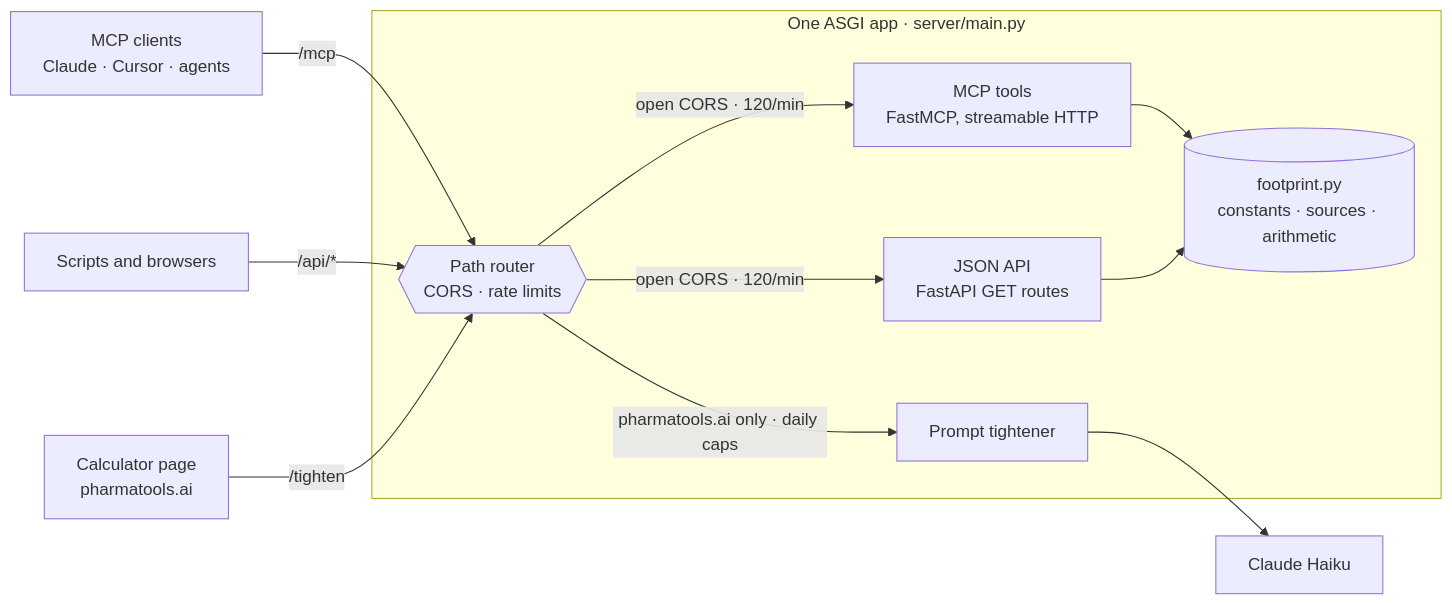
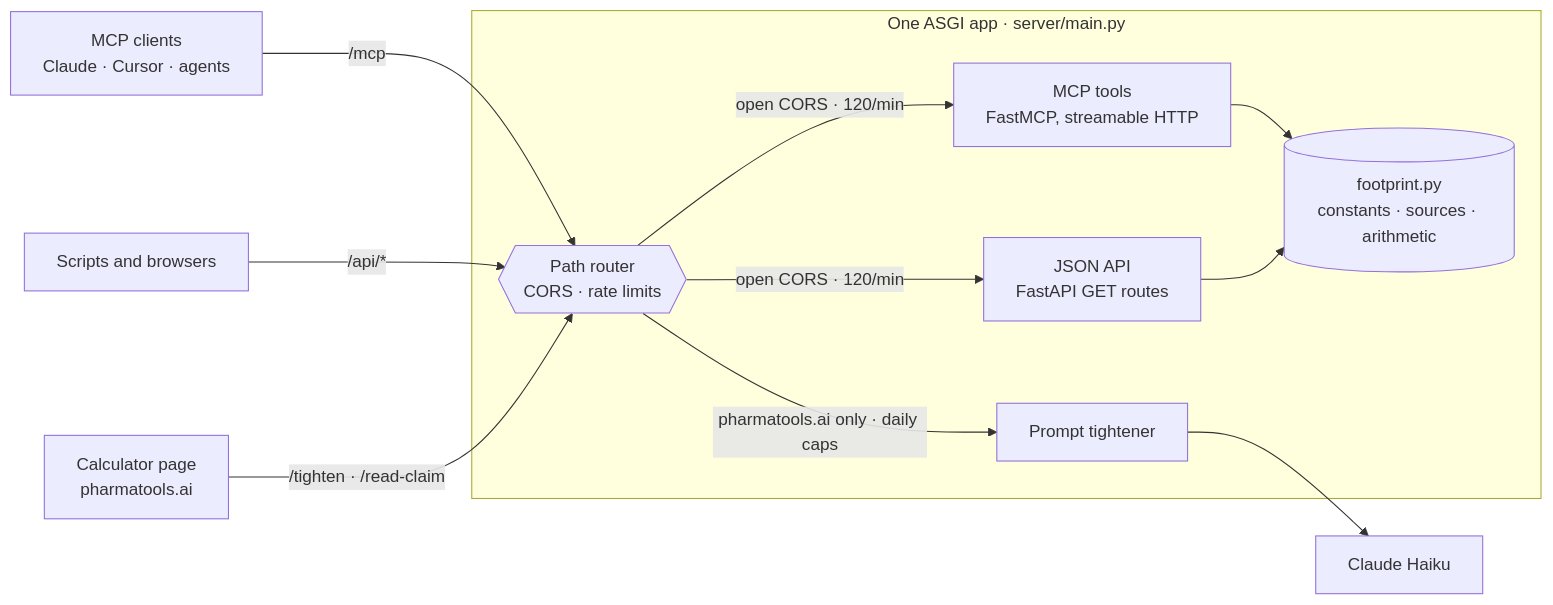
The diagram in README.md (nickjlamb/ai-footprint), drawn with Mermaid before and after one commit. The commit also changed other lines of this file and 3 other files, not shown here.

Commit message:
Add /read-claim for the headline checker

````diff
--- a/README.md
+++ b/README.md
@@ -97,17 +97,17 @@
 ```mermaid
 flowchart LR
     A["MCP clients<br/>Claude · Cursor · agents"] -->|/mcp| R
     B["Scripts and browsers"] -->|/api/*| R
-    C["Calculator page<br/>pharmatools.ai"] -->|/tighten| R
+    C["Calculator page<br/>pharmatools.ai"] -->|/tighten · /read-claim| R
 
     subgraph app["One ASGI app · server/main.py"]
         R{{"Path router<br/>CORS · rate limits"}}
         R -->|"open CORS · 120/min"| M["MCP tools<br/>FastMCP, streamable HTTP"]
         R -->|"open CORS · 120/min"| J["JSON API<br/>FastAPI GET routes"]
         R -->|"pharmatools.ai only · daily caps"| T["Prompt tightener"]
         M --> F[("footprint.py<br/>constants · sources · arithmetic")]
         J --> F
     end
 
     T --> H["Claude Haiku"]
 ```
````
